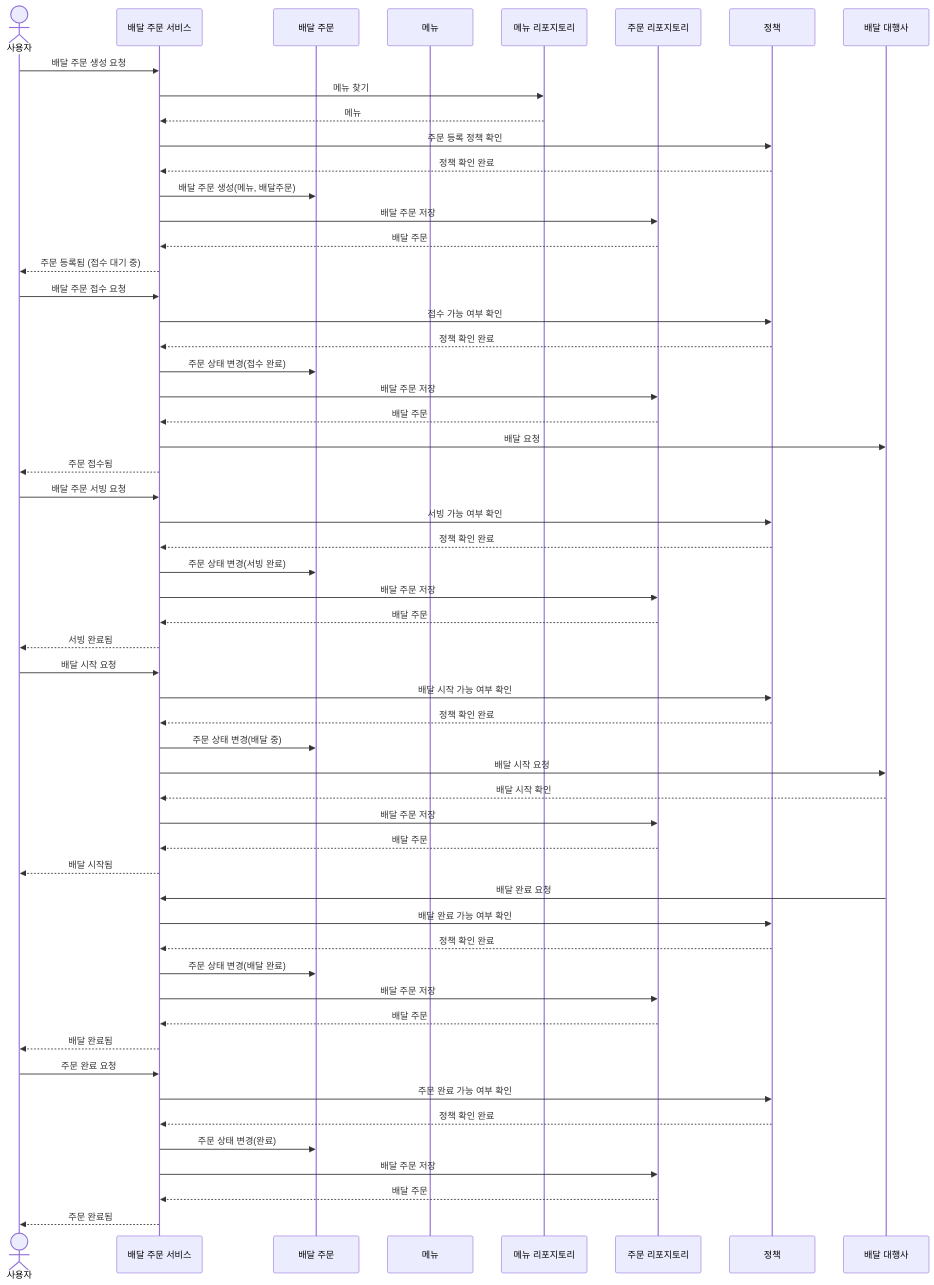
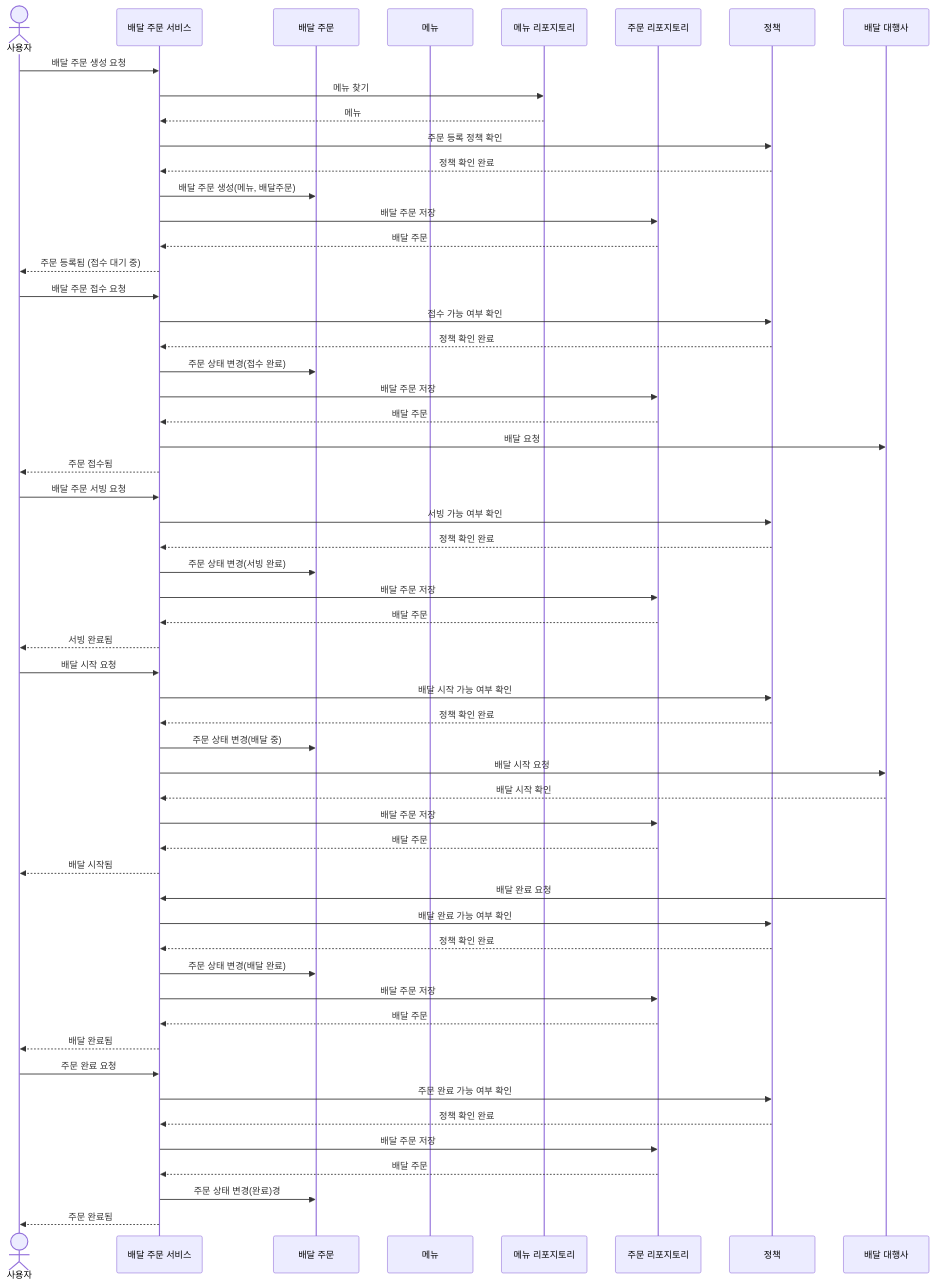
One commit to ninjasul/ddd-strategic-design changed the third of 5 diagrams in README.md. Above: the diagram before and after it, drawn with Mermaid.

Commit message:
docs: modify takeout and eat-in order sequence diagrams

````diff
--- a/README.md
+++ b/README.md
@@ -362,64 +362,64 @@
   ```mermaid
   sequenceDiagram
       actor User as 사용자
       participant DeliveryOrderService as 배달 주문 서비스
       participant DeliveryOrder as 배달 주문
       participant Menu as 메뉴
       participant MenuRepository as 메뉴 리포지토리
       participant OrderRepository as 주문 리포지토리
       participant Policy as 정책
       participant DeliveryAgency as 배달 대행사
   
       User->>DeliveryOrderService: 배달 주문 생성 요청
       DeliveryOrderService->>MenuRepository: 메뉴 찾기
       MenuRepository-->>DeliveryOrderService: 메뉴
       DeliveryOrderService->>Policy: 주문 등록 정책 확인
       Policy-->>DeliveryOrderService: 정책 확인 완료
       DeliveryOrderService->>DeliveryOrder: 배달 주문 생성(메뉴, 배달주문)
       DeliveryOrderService->>OrderRepository: 배달 주문 저장
       OrderRepository-->>DeliveryOrderService: 배달 주문
       DeliveryOrderService-->>User: 주문 등록됨 (접수 대기 중)
   
       User->>DeliveryOrderService: 배달 주문 접수 요청
       DeliveryOrderService->>Policy: 접수 가능 여부 확인
       Policy-->>DeliveryOrderService: 정책 확인 완료
       DeliveryOrderService->>DeliveryOrder: 주문 상태 변경(접수 완료)
       DeliveryOrderService->>OrderRepository: 배달 주문 저장
       OrderRepository-->>DeliveryOrderService: 배달 주문
       DeliveryOrderService->>DeliveryAgency: 배달 요청
       DeliveryOrderService-->>User: 주문 접수됨
   
       User->>DeliveryOrderService: 배달 주문 서빙 요청
       DeliveryOrderService->>Policy: 서빙 가능 여부 확인
       Policy-->>DeliveryOrderService: 정책 확인 완료
       DeliveryOrderService->>DeliveryOrder: 주문 상태 변경(서빙 완료)
       DeliveryOrderService->>OrderRepository: 배달 주문 저장
       OrderRepository-->>DeliveryOrderService: 배달 주문
       DeliveryOrderService-->>User: 서빙 완료됨
   
       User->>DeliveryOrderService: 배달 시작 요청
       DeliveryOrderService->>Policy: 배달 시작 가능 여부 확인
       Policy-->>DeliveryOrderService: 정책 확인 완료
       DeliveryOrderService->>DeliveryOrder: 주문 상태 변경(배달 중)
       DeliveryOrderService->>DeliveryAgency: 배달 시작 요청
       DeliveryAgency-->>DeliveryOrderService: 배달 시작 확인
       DeliveryOrderService->>OrderRepository: 배달 주문 저장
       OrderRepository-->>DeliveryOrderService: 배달 주문
       DeliveryOrderService-->>User: 배달 시작됨
   
       DeliveryAgency->>DeliveryOrderService: 배달 완료 요청
       DeliveryOrderService->>Policy: 배달 완료 가능 여부 확인
       Policy-->>DeliveryOrderService: 정책 확인 완료
       DeliveryOrderService->>DeliveryOrder: 주문 상태 변경(배달 완료)
       DeliveryOrderService->>OrderRepository: 배달 주문 저장
       OrderRepository-->>DeliveryOrderService: 배달 주문
       DeliveryOrderService-->>User: 배달 완료됨
   
       User->>DeliveryOrderService: 주문 완료 요청
       DeliveryOrderService->>Policy: 주문 완료 가능 여부 확인
       Policy-->>DeliveryOrderService: 정책 확인 완료
-      DeliveryOrderService->>DeliveryOrder: 주문 상태 변경(완료)
       DeliveryOrderService->>OrderRepository: 배달 주문 저장
       OrderRepository-->>DeliveryOrderService: 배달 주문
+      DeliveryOrderService->>DeliveryOrder: 주문 상태 변경(완료)경
       DeliveryOrderService-->>User: 주문 완료됨
   ```
````
